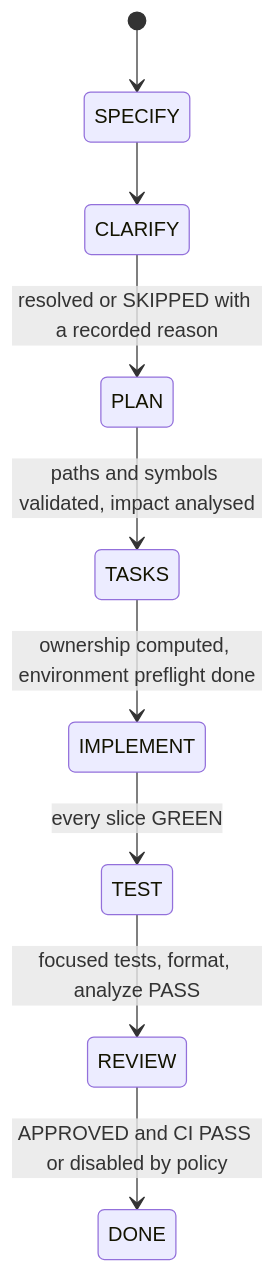
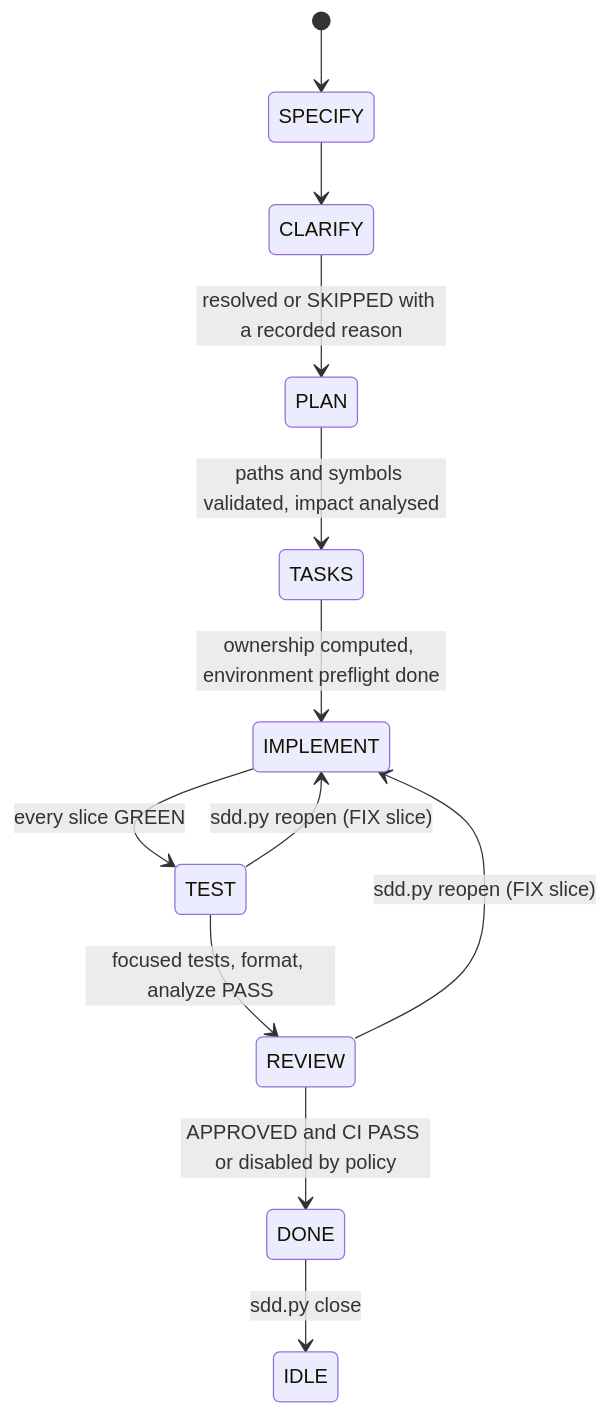
The diagram in docs/components/fsm-and-loop.md (FelipeAngeli/hermes-sdd-orchestrator), drawn with Mermaid before and after one commit. The commit also changed other lines of this file and 12 other files, not shown here.

````diff
--- a/docs/components/fsm-and-loop.md
+++ b/docs/components/fsm-and-loop.md
@@ -11,11 +11,14 @@
 ```mermaid
 stateDiagram-v2
     [*] --> SPECIFY
     SPECIFY --> CLARIFY
     CLARIFY --> PLAN: resolved or SKIPPED with a recorded reason
     PLAN --> TASKS: paths and symbols validated, impact analysed
     TASKS --> IMPLEMENT: ownership computed, environment preflight done
     IMPLEMENT --> TEST: every slice GREEN
     TEST --> REVIEW: focused tests, format, analyze PASS
     REVIEW --> DONE: APPROVED and CI PASS or disabled by policy
+    TEST --> IMPLEMENT: sdd.py reopen (FIX slice)
+    REVIEW --> IMPLEMENT: sdd.py reopen (FIX slice)
+    DONE --> IDLE: sdd.py close
 ```
````
